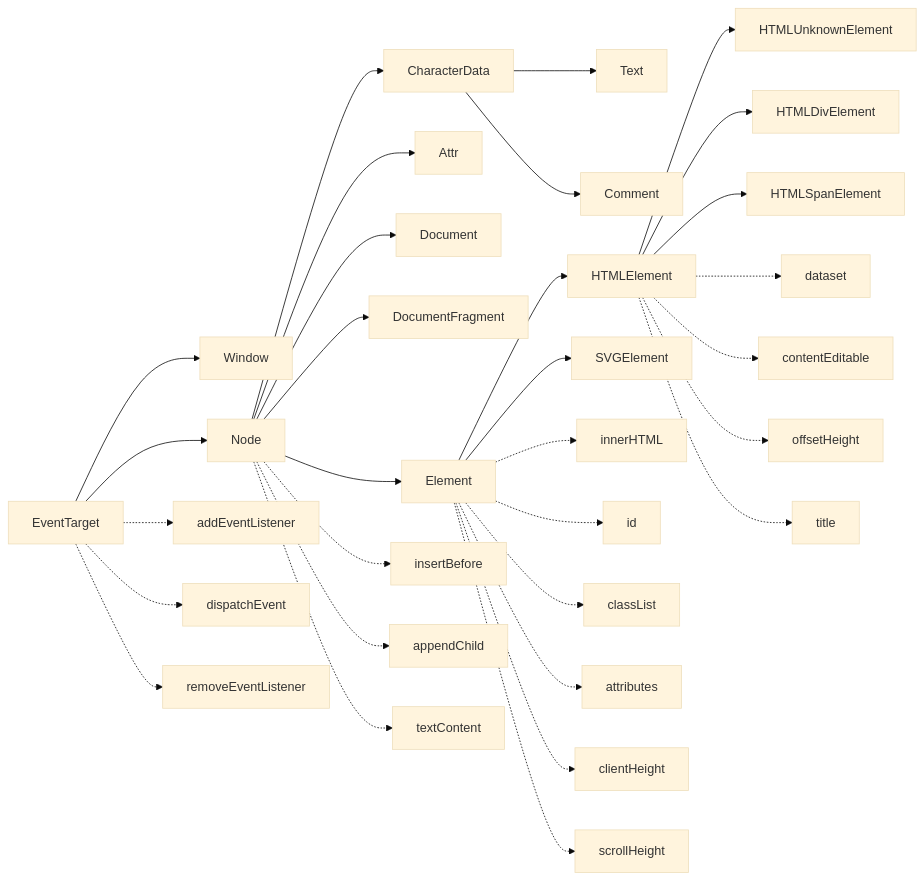
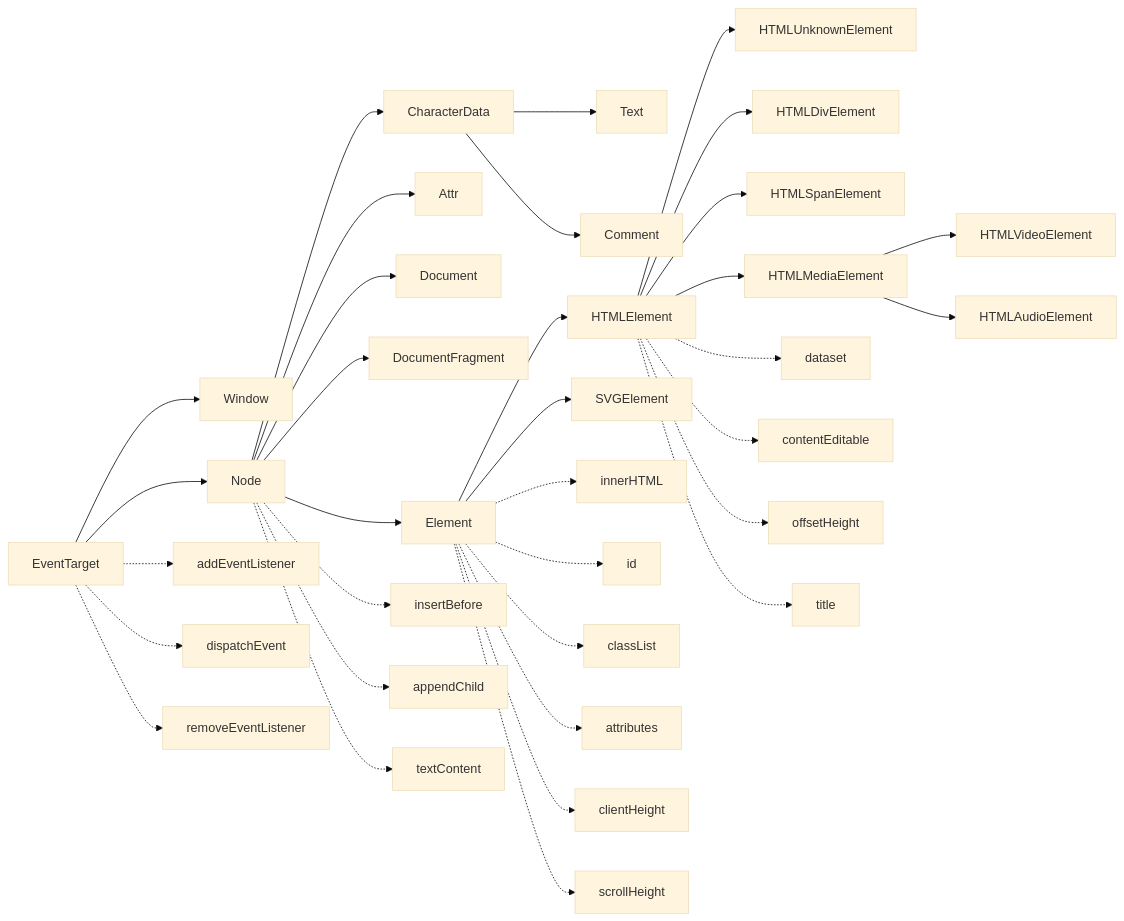
Before and after one commit to pbdm/posts: the diagram in 2018-03-22-dom.md, drawn with Mermaid (base theme). The commit also changed 5 other files, not shown here.

````diff
--- a/2018-03-22-dom.md
+++ b/2018-03-22-dom.md
@@ -9,33 +9,36 @@
 ```mermaid
 graph LR
 EventTarget --> Window
 EventTarget --> Node
 EventTarget .-> addEventListener
 EventTarget .-> dispatchEvent
 EventTarget .->removeEventListener
 Node --> Element
 Node --> Attr
 Node --> Document
 Node --> DocumentFragment
 Node --> CharacterData
 Node .-> insertBefore
 Node .-> appendChild
 Node .-> textContent
 CharacterData --> Text
 CharacterData --> Comment
 Element --> HTMLElement
 Element --> SVGElement
 Element .-> innerHTML
 Element .-> id
 Element .-> classList
 Element .-> attributes
 Element .-> clientHeight
 Element .-> scrollHeight
 HTMLElement --> HTMLUnknownElement
 HTMLElement --> HTMLDivElement
 HTMLElement --> HTMLSpanElement
+HTMLElement --> HTMLMediaElement
 HTMLElement .-> dataset
 HTMLElement .-> contentEditable
 HTMLElement .-> offsetHeight
 HTMLElement .-> title
+HTMLMediaElement --> HTMLVideoElement
+HTMLMediaElement --> HTMLAudioElement
 ```
````
